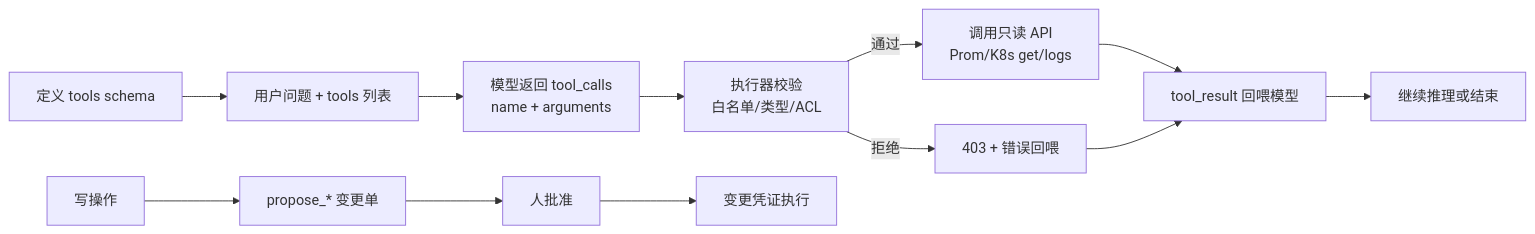
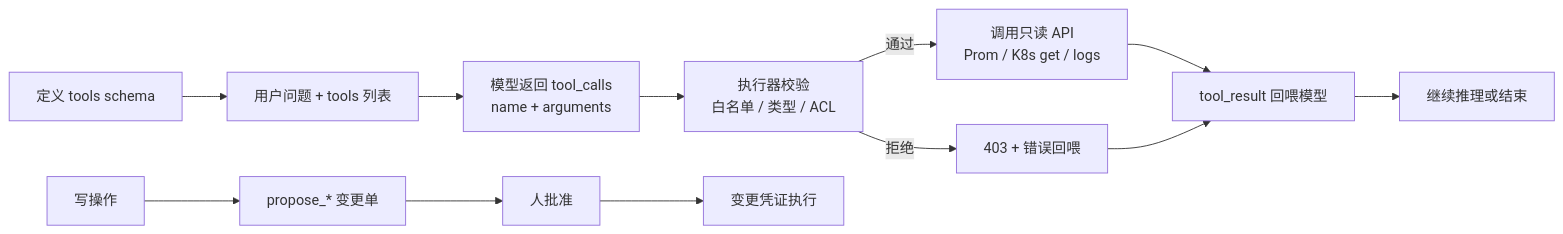
Before and after one commit to ml-cuizijun/LearnToLilith: the first of 4 diagrams in 08-AI与智能运维/04-Function-Calling与Tool-Use/知识点.md, drawn with Mermaid. The commit also changed other lines of this file and 178 other files, not shown here.

````diff
--- a/08-AI与智能运维/04-Function-Calling与Tool-Use/知识点.md
+++ b/08-AI与智能运维/04-Function-Calling与Tool-Use/知识点.md
@@ -21,14 +14,14 @@
 ```mermaid
 flowchart LR
     DEF["定义 tools schema"] --> ASK["用户问题 + tools 列表"]
     ASK --> INTENT["模型返回 tool_calls<br/>name + arguments"]
-    INTENT --> VAL["执行器校验<br/>白名单/类型/ACL"]
-    VAL -->|通过| EXEC["调用只读 API<br/>Prom/K8s get/logs"]
+    INTENT --> VAL["执行器校验<br/>白名单 / 类型 / ACL"]
+    VAL -->|通过| EXEC["调用只读 API<br/>Prom / K8s get / logs"]
     VAL -->|拒绝| ERR["403 + 错误回喂"]
     EXEC --> FEED["tool_result 回喂模型"]
     ERR --> FEED
     FEED --> LOOP["继续推理或结束"]
     WRITE["写操作"] --> PROP["propose_* 变更单"]
     PROP --> HUMAN["人批准"]
     HUMAN --> EXEC2["变更凭证执行"]
 ```
````
